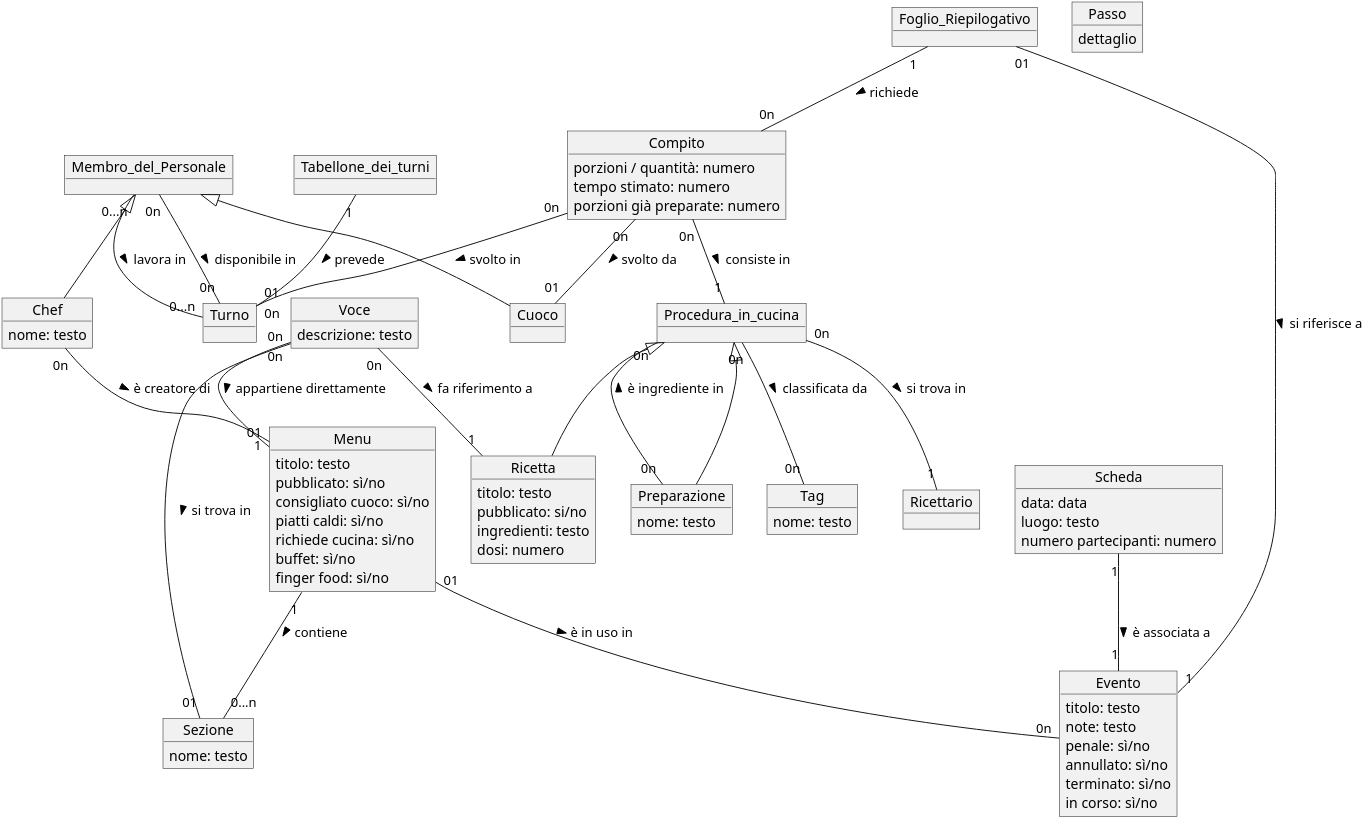
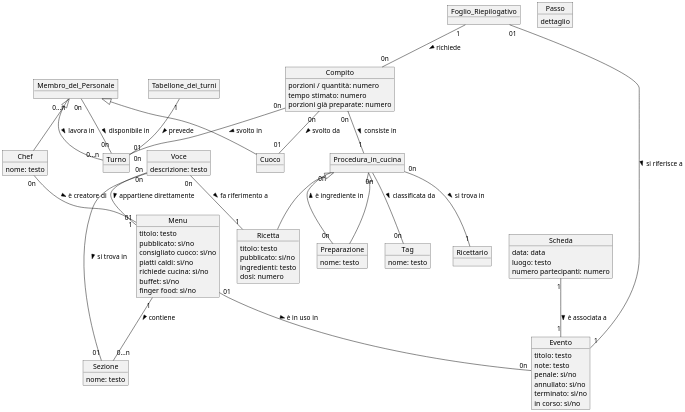
Before and after one commit to m0canu1/sas: the diagram in mdd/mdd-plantuml.plantuml, drawn with PlantUML. The commit also changed 30 other files, not shown here.

```diff
--- a/mdd/mdd-plantuml.plantuml
+++ b/mdd/mdd-plantuml.plantuml
@@ -3,94 +3,94 @@
 @startuml mdd
 
 ' skinparam linetype ortho
 ' skinparam linetype ortho
-skinparam dpi 400
+skinparam dpi 200
 
 
 object Menu {
     titolo: testo
     pubblicato: sì/no
 
     consigliato cuoco: sì/no
     piatti caldi: sì/no
     richiede cucina: sì/no
     buffet: sì/no
     finger food: sì/no
 }
 object Sezione {
     nome: testo
 }
 object Voce {
     descrizione: testo
 }
 object Evento {
     titolo: testo
     note: testo
     penale: sì/no
     annullato: sì/no
     terminato: sì/no
     in corso: sì/no
 }
 object Chef {
     nome: testo
 }
 object Cuoco
 object Membro_del_Personale
 object Foglio_Riepilogativo
 object Ricetta {
     titolo: testo
     pubblicato: si/no
     ingredienti: testo
     dosi: numero
 }
 object Scheda {
     data: data
     luogo: testo
     numero partecipanti: numero
 }
 object Preparazione{
     nome: testo
 }
 object Procedura_in_cucina
 object Turno
 object Tabellone_dei_turni
 object Tag {
     nome: testo
 }
 object Ricettario
 object Compito {
     porzioni / quantità: numero
     tempo stimato: numero
     porzioni già preparate: numero
 }
 object Passo {
     dettaglio
 }
 
 
 
 
 Procedura_in_cucina <|-- Ricetta
 Procedura_in_cucina <|-- Preparazione
 Membro_del_Personale <|-- Cuoco
 Membro_del_Personale <|-- Chef
 Menu "1" -- "0...n" Sezione : contiene >
 Menu "01" -- "0n" Evento : è in uso in >
 Chef "0n" -- "1" Menu : è creatore di >
 Voce "0n" -- "01" Menu : appartiene direttamente > 
 Voce "0n" -- "01" Sezione : si trova in >
 Voce "0n" -- "1" Ricetta : fa riferimento a >
 Foglio_Riepilogativo "01" -- "1" Evento : si riferisce a >
 Scheda "1" -- "1" Evento : è associata a >
 Membro_del_Personale "0...n" -- "0...n" Turno : lavora in >
 Tabellone_dei_turni  "1" -- "0n" Turno: prevede >
 Preparazione  "0n" -- "0n" Procedura_in_cucina : è ingrediente in >
 Procedura_in_cucina  "0n" -- "0n"  Tag : classificata da >
 Procedura_in_cucina  "0n" -- "1" Ricettario : si trova in >
 Compito "0n" -- "1" Procedura_in_cucina : consiste in >
 Foglio_Riepilogativo "1" -- "0n" Compito : richiede >
 Compito "0n" -- "01" Cuoco : svolto da >
 Compito "0n" -- "01" Turno : svolto in >
 Membro_del_Personale "0n" -- "0n" Turno : disponibile in >
 
 @enduml
```
